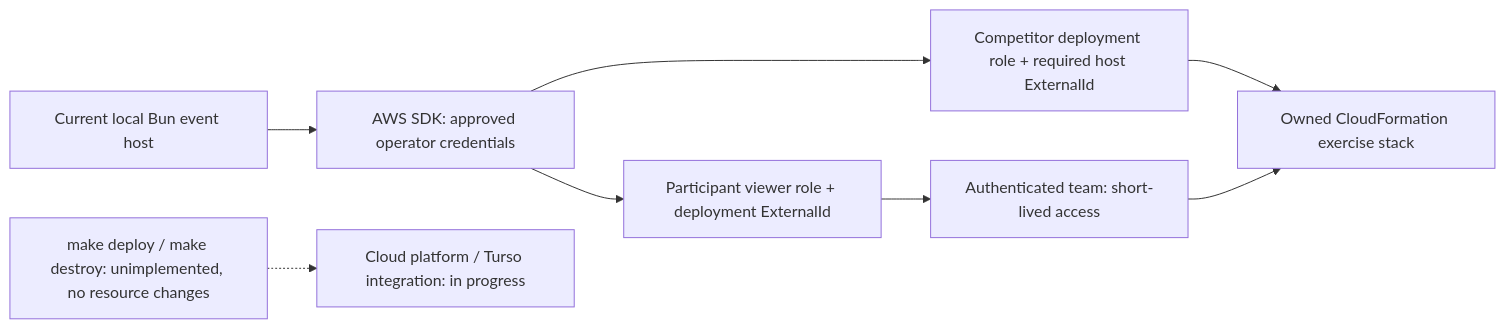
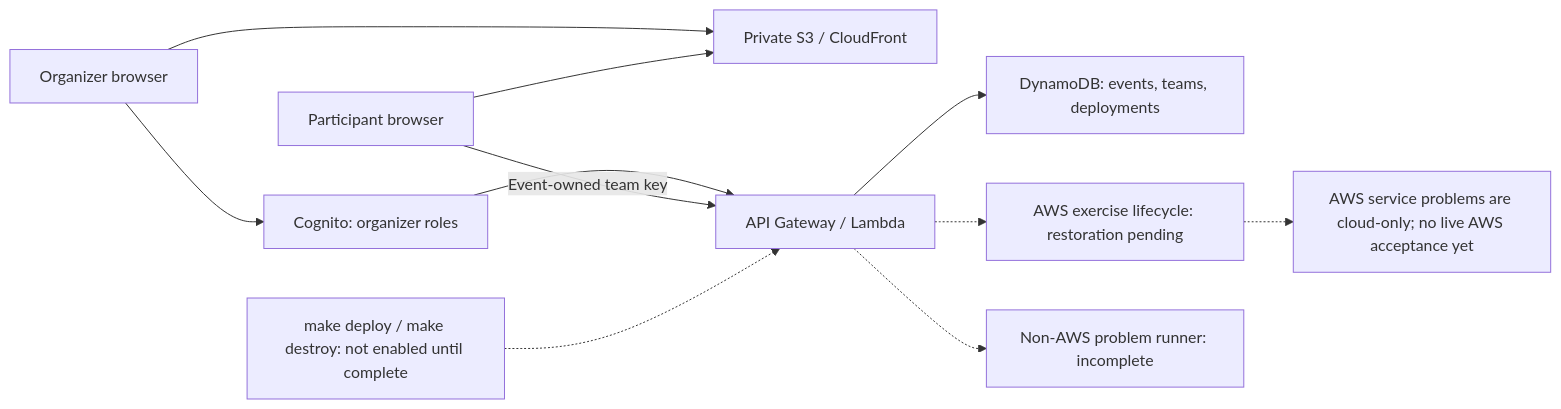
One commit to susumutomita/TenkaCloud changed the diagram in docs/architecture/diagrams/cloud-components.mmd. Above: the diagram before and after it, drawn with Mermaid. The commit also changed 100 other files, not shown here.

First line of the commit message:
feat: restore cloud hosting foundation and separate local entrypoints

```diff
--- a/docs/architecture/diagrams/cloud-components.mmd
+++ b/docs/architecture/diagrams/cloud-components.mmd
@@ -1,16 +1,21 @@
 flowchart LR
-  Host["Current local Bun event host"]
-  SDK["AWS SDK: approved operator credentials"]
-  DeployRole["Competitor deployment role + required host ExternalId"]
-  Stack["Owned CloudFormation exercise stack"]
-  Viewer["Participant viewer role + deployment ExternalId"]
-  Participant["Authenticated team: short-lived access"]
-  Host --> SDK
-  SDK --> DeployRole
-  DeployRole --> Stack
-  SDK --> Viewer
-  Viewer --> Participant
-  Participant --> Stack
-  Plan["Cloud platform / Turso integration: in progress"]
-  Commands["make deploy / make destroy: unimplemented, no resource changes"]
-  Commands -.-> Plan
+  Organizer["Organizer browser"]
+  Participant["Participant browser"]
+  CDN["Private S3 / CloudFront"]
+  Auth["Cognito: organizer roles"]
+  API["API Gateway / Lambda"]
+  DB["DynamoDB: events, teams, deployments"]
+  Deploy["AWS exercise lifecycle: restoration pending"]
+  NonAWS["Non-AWS problem runner: incomplete"]
+  Organizer --> CDN
+  Participant --> CDN
+  Organizer --> Auth
+  Auth --> API
+  Participant -->|"Event-owned team key"| API
+  API --> DB
+  API -.-> Deploy
+  API -.-> NonAWS
+  Commands["make deploy / make destroy: not enabled until complete"]
+  Commands -.-> API
+  Note["AWS service problems are cloud-only; no live AWS acceptance yet"]
+  Deploy -.-> Note
```
